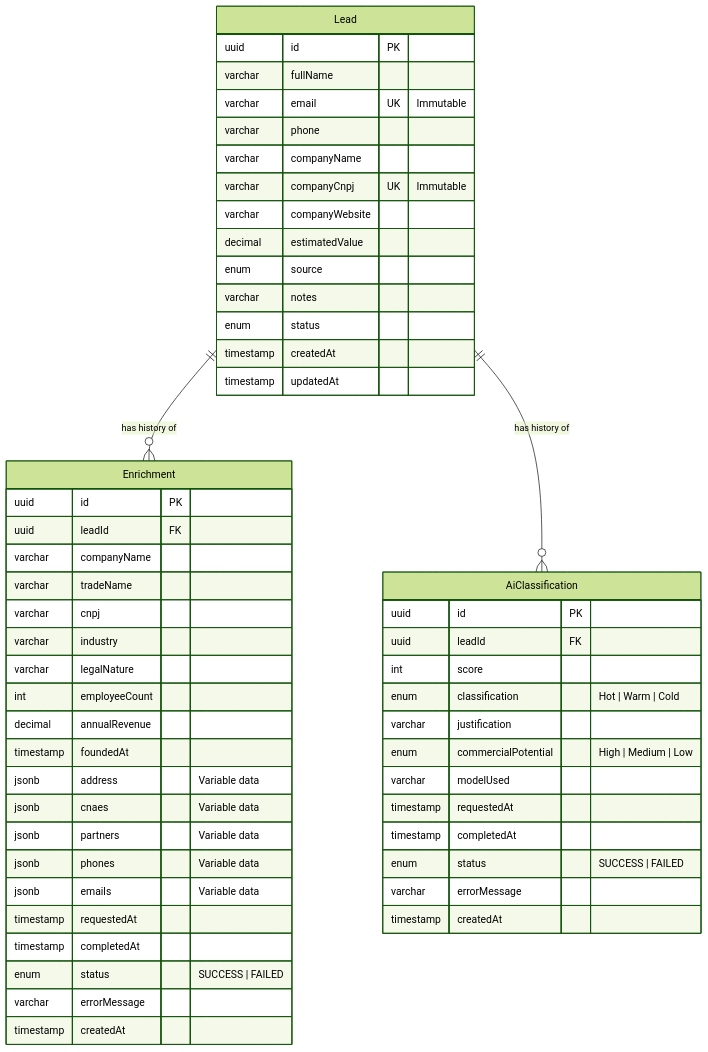
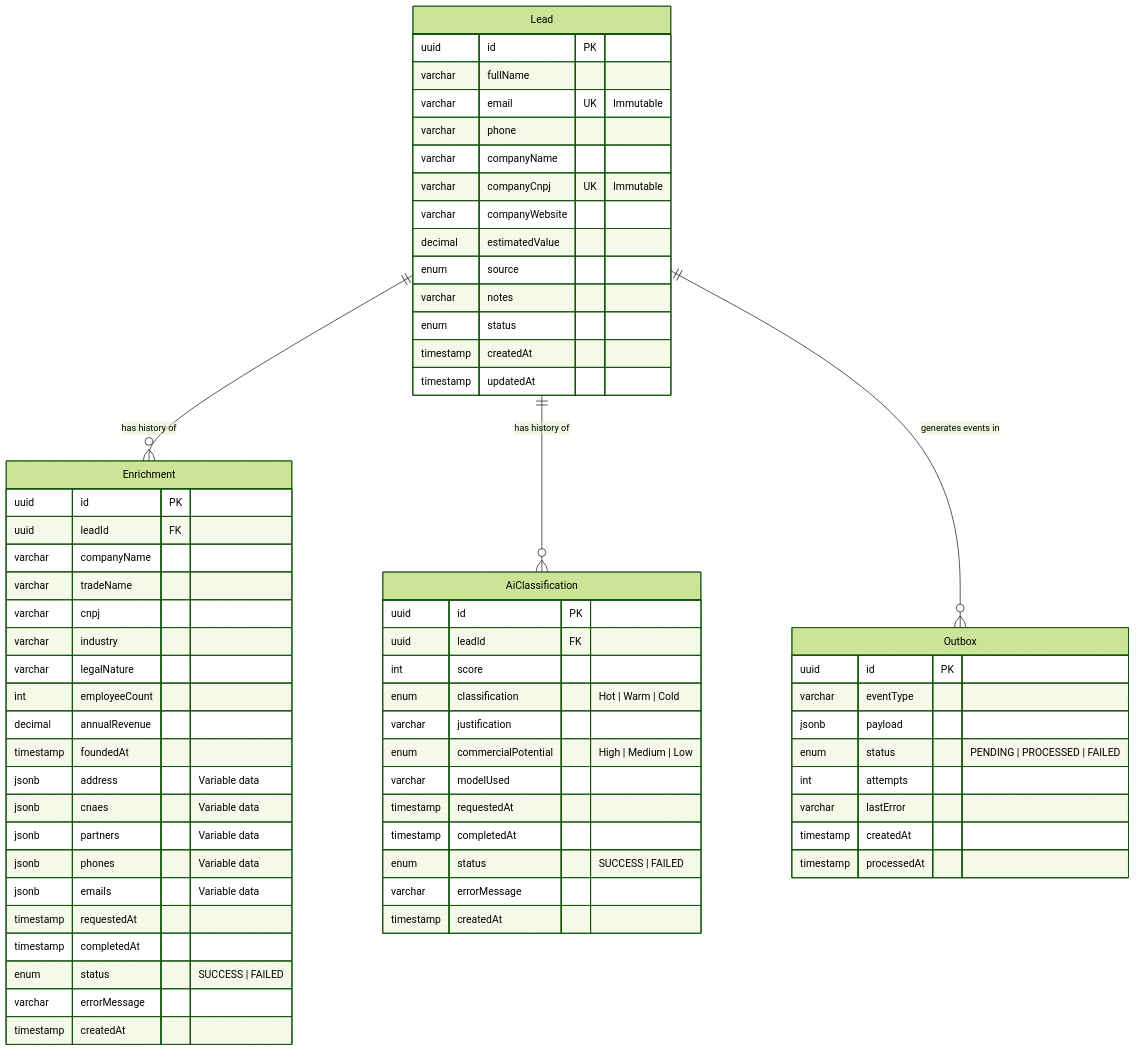
Before and after one commit to luluopa/semantic-lead-intelligence-engine: the second of 2 diagrams in README.md, drawn with Mermaid (forest theme). The commit also changed other lines of this file and 1 other file, not shown here.

Commit message:
docs: enhance README and README.pt-BR to include Outbox Pattern details, improving clarity on transactional messaging and system architecture

````diff
--- a/README.md
+++ b/README.md
@@ -86,59 +108,71 @@
 ```mermaid
 erDiagram
     Lead {
         uuid id PK
         varchar fullName
         varchar email UK "Immutable"
         varchar phone
         varchar companyName
         varchar companyCnpj UK "Immutable"
         varchar companyWebsite
         decimal estimatedValue
         enum source
         varchar notes
         enum status
         timestamp createdAt
         timestamp updatedAt
     }
 
     Enrichment {
         uuid id PK
         uuid leadId FK
         varchar companyName
         varchar tradeName
         varchar cnpj
         varchar industry
         varchar legalNature
         int employeeCount
         decimal annualRevenue
         timestamp foundedAt
         jsonb address "Variable data"
         jsonb cnaes "Variable data"
         jsonb partners "Variable data"
         jsonb phones "Variable data"
         jsonb emails "Variable data"
         timestamp requestedAt
         timestamp completedAt
         enum status "SUCCESS | FAILED"
         varchar errorMessage
         timestamp createdAt
     }
 
     AiClassification {
         uuid id PK
         uuid leadId FK
         int score
         enum classification "Hot | Warm | Cold"
         varchar justification
         enum commercialPotential "High | Medium | Low"
         varchar modelUsed
         timestamp requestedAt
         timestamp completedAt
         enum status "SUCCESS | FAILED"
         varchar errorMessage
         timestamp createdAt
     }
 
+    Outbox {
+        uuid id PK
+        varchar eventType
+        jsonb payload
+        enum status "PENDING | PROCESSED | FAILED"
+        int attempts
+        varchar lastError
+        timestamp createdAt
+        timestamp processedAt
+    }
+
     Lead ||--o{ Enrichment : "has history of"
     Lead ||--o{ AiClassification : "has history of"
+    Lead ||--o{ Outbox : "generates events in"
 ```
````
